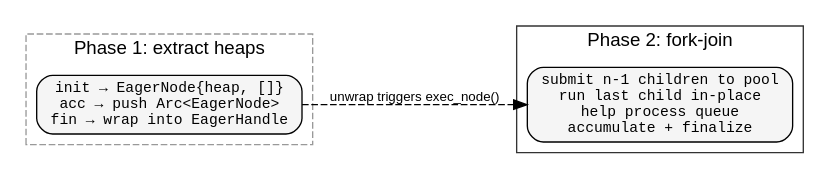
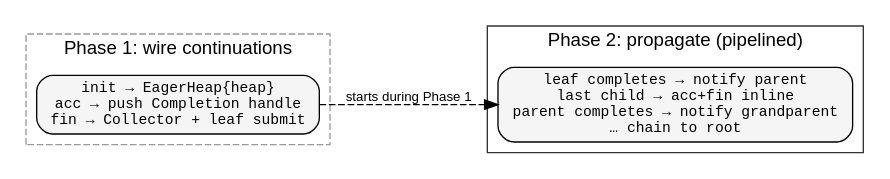
One commit to hylic-recursion/hylic-docs changed the third of 3 diagrams in book/src/guides/lifts.md. Above: the diagram before and after it, drawn with Graphviz. The commit also changed other lines of this file and 8 other files, not shown here.

````diff
--- a/book/src/guides/lifts.md
+++ b/book/src/guides/lifts.md
@@ -103,21 +133,21 @@
 ```dot process
 digraph {
     rankdir=LR;
     node [shape=box, style="rounded,filled", fillcolor="#f5f5f5", fontname="monospace", fontsize=11];
     edge [fontname="sans-serif", fontsize=10];
 
     subgraph cluster_p1 {
-        label="Phase 1: extract heaps";
+        label="Phase 1: wire continuations";
         style=dashed; color="#999999"; fontname="sans-serif";
-        build [label="init → EagerNode{heap, []}\nacc → push Arc<EagerNode>\nfin → wrap into EagerHandle"];
+        build [label="init → EagerHeap{heap}\nacc → push Completion handle\nfin → Collector + leaf submit"];
     }
 
     subgraph cluster_p2 {
-        label="Phase 2: fork-join";
+        label="Phase 2: propagate (pipelined)";
         style=solid; color="#333333"; fontname="sans-serif";
-        fork [label="submit n-1 children to pool\nrun last child in-place\nhelp process queue\naccumulate + finalize"];
+        cont [label="leaf completes → notify parent\nlast child → acc+fin inline\nparent completes → notify grandparent\n… chain to root"];
     }
 
-    build -> fork [label="unwrap triggers exec_node()", style=dashed];
+    build -> cont [label="starts during Phase 1", style=dashed];
 }
 ```
````
